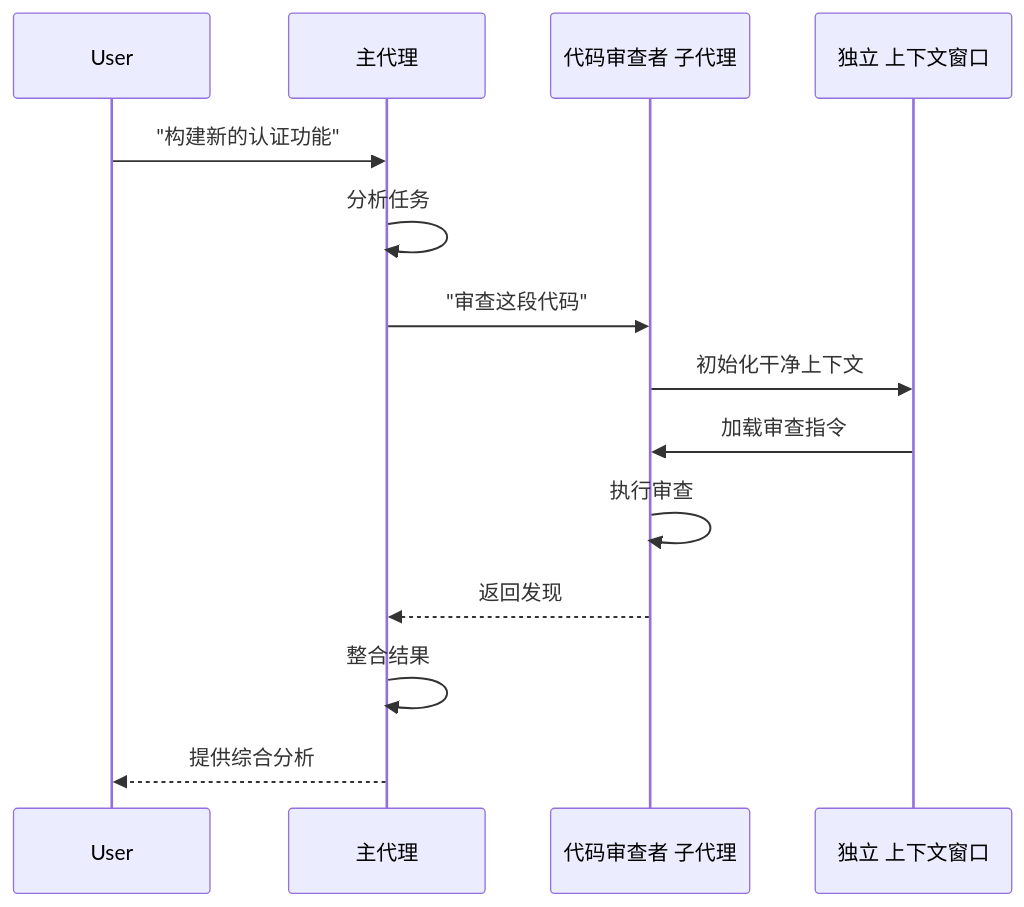
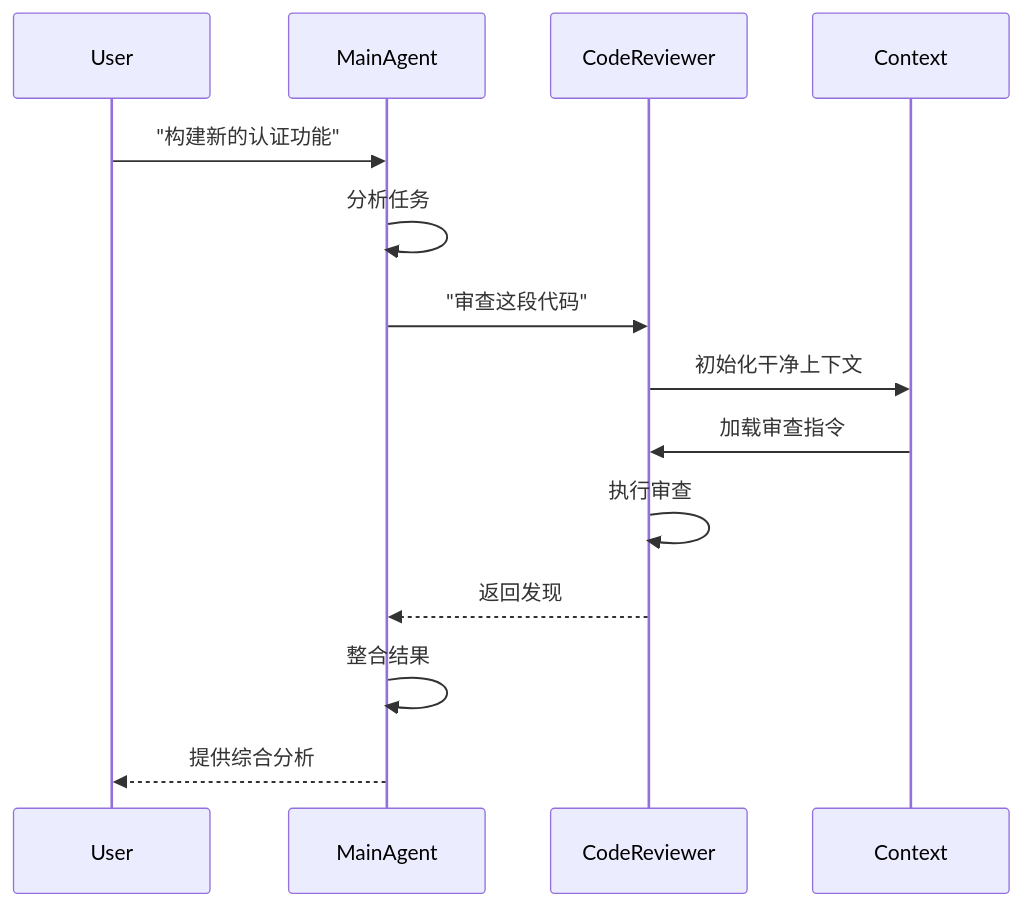
One commit to Rx782-Fss/claude-howto-zh changed the fifth of 31 diagrams in claude-howto-zh/claude_concepts_guide.md. Above: the diagram before and after it, drawn with Mermaid. The commit also changed other lines of this file and 3 other files, not shown here.

First line of the commit message:
fix: 清除 sequenceDiagram 中 29处 as 中文别名

````diff
--- a/claude-howto-zh/claude_concepts_guide.md
+++ b/claude-howto-zh/claude_concepts_guide.md
@@ -242,17 +242,17 @@
 ```mermaid
 sequenceDiagram
     participant User
-    participant MainAgent as 主代理
-    participant CodeReviewer as 代码审查者 子代理
-    participant Context as 独立 上下文窗口
+    participant MainAgent as MainAgent
+    participant CodeReviewer as CodeReviewer
+    participant Context as Context
 
     User->>MainAgent: "构建新的认证功能"
     MainAgent->>MainAgent: 分析任务
     MainAgent->>CodeReviewer: "审查这段代码"
     CodeReviewer->>Context: 初始化干净上下文
     Context->>CodeReviewer: 加载审查指令
     CodeReviewer->>CodeReviewer: 执行审查
     CodeReviewer-->>MainAgent: 返回发现
     MainAgent->>MainAgent: 整合结果
     MainAgent-->>User: 提供综合分析
 ```
````
